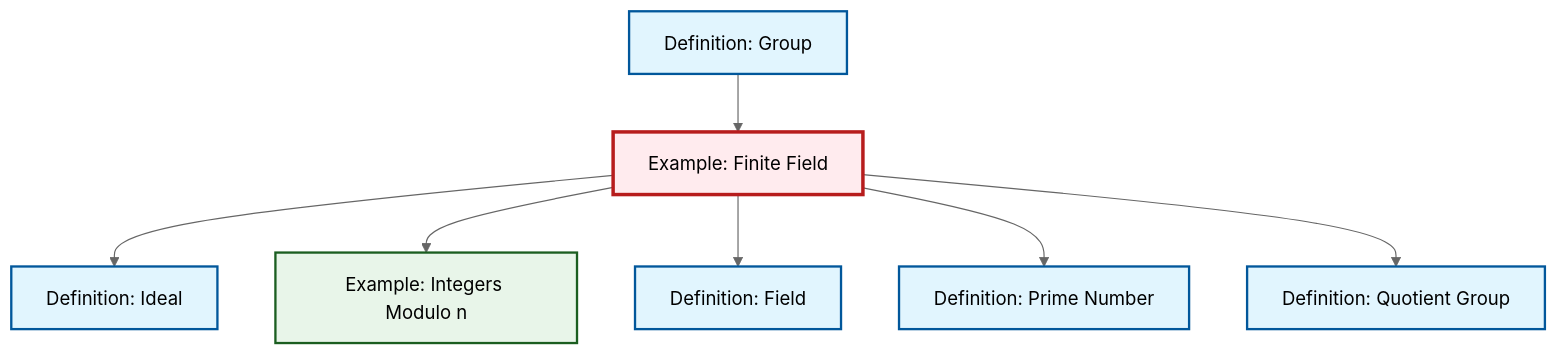
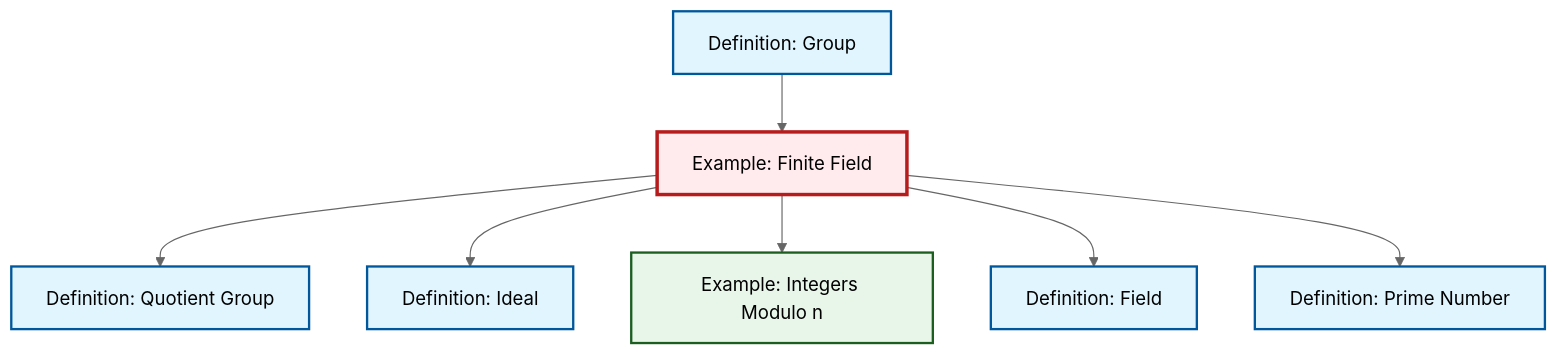
Before and after one commit to RK0429/ModernMath: the diagram in content/en/algebra/ex-finite-field.qmd, drawn with Mermaid (neutral theme). The commit also changed other lines of this file and 434 other files, not shown here.

````diff
--- a/content/en/algebra/ex-finite-field.qmd
+++ b/content/en/algebra/ex-finite-field.qmd
@@ -64,29 +64,29 @@
 ```{mermaid}
 %%| fig-cap: "Local dependency graph"
 graph TD
     classDef definition fill:#e1f5fe,stroke:#01579b,stroke-width:2px
     classDef theorem fill:#f3e5f5,stroke:#4a148c,stroke-width:2px
     classDef axiom fill:#fff3e0,stroke:#e65100,stroke-width:2px
     classDef example fill:#e8f5e9,stroke:#1b5e20,stroke-width:2px
     classDef current fill:#ffebee,stroke:#b71c1c,stroke-width:3px
     ex-finite-field["Example: Finite Field"]:::example
+    ex-quotient-integers-mod-n["Example: Integers Modulo n"]:::example
+    def-group["Definition: Group"]:::definition
+    def-prime["Definition: Prime Number"]:::definition
     def-field["Definition: Field"]:::definition
-    ex-quotient-integers-mod-n["Example: Integers Modulo n"]:::example
     def-quotient-group["Definition: Quotient Group"]:::definition
     def-ideal["Definition: Ideal"]:::definition
-    def-group["Definition: Group"]:::definition
-    def-prime["Definition: Prime Number"]:::definition
-    def-group --> ex-finite-field
+    ex-finite-field --> def-quotient-group
     ex-finite-field --> def-ideal
     ex-finite-field --> ex-quotient-integers-mod-n
     ex-finite-field --> def-field
     ex-finite-field --> def-prime
-    ex-finite-field --> def-quotient-group
+    def-group --> ex-finite-field
     class ex-finite-field current
+    click ex-quotient-integers-mod-n "ex-quotient-integers-mod-n.html" "Go to Integers Modulo n example"
+    click def-group "def-group.html" "Go to Group definition"
+    click def-prime "def-prime.html" "Go to Prime Number definition"
     click def-field "def-field.html" "Go to Field definition"
-    click ex-quotient-integers-mod-n "ex-quotient-integers-mod-n.html" "Go to Integers Modulo n example"
     click def-quotient-group "def-quotient-group.html" "Go to Quotient Group definition"
     click def-ideal "def-ideal.html" "Go to Ideal definition"
-    click def-group "def-group.html" "Go to Group definition"
-    click def-prime "def-prime.html" "Go to Prime Number definition"
 ```
````
